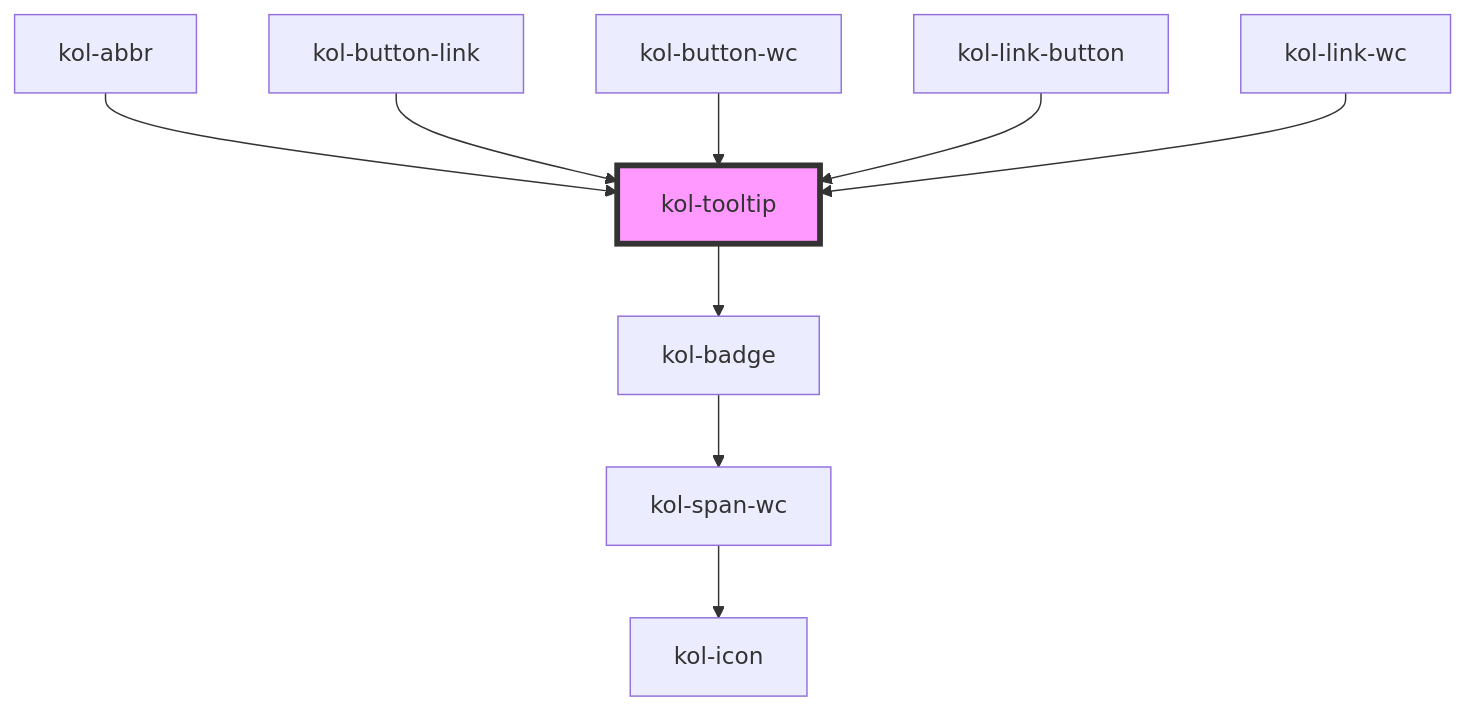
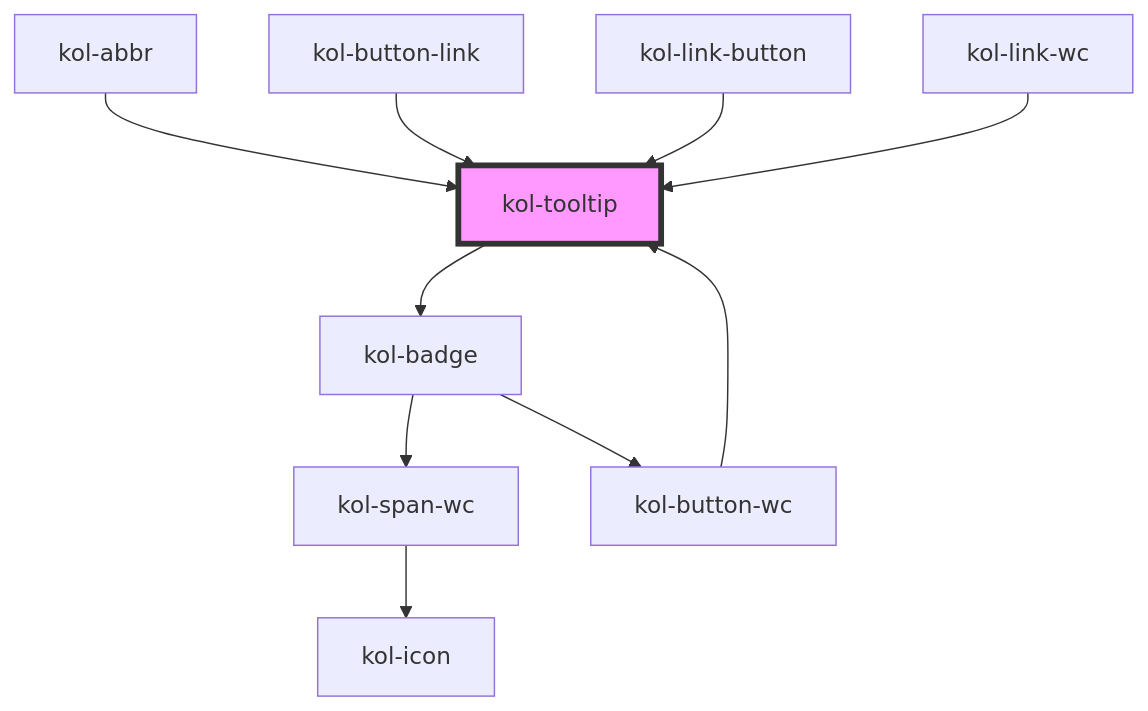
The diagram in packages/library/src/components/tooltip/readme.md (public-ui/kolibri), drawn with Mermaid before and after one commit. The commit also changed 33 other files, not shown here.

````diff
--- a/packages/library/src/components/tooltip/readme.md
+++ b/packages/library/src/components/tooltip/readme.md
@@ -49,12 +49,13 @@
 ```mermaid
 graph TD;
   kol-tooltip --> kol-badge
   kol-badge --> kol-span-wc
+  kol-badge --> kol-button-wc
   kol-span-wc --> kol-icon
+  kol-button-wc --> kol-tooltip
   kol-abbr --> kol-tooltip
   kol-button-link --> kol-tooltip
-  kol-button-wc --> kol-tooltip
   kol-link-button --> kol-tooltip
   kol-link-wc --> kol-tooltip
   style kol-tooltip fill:#f9f,stroke:#333,stroke-width:4px
 ```
````
